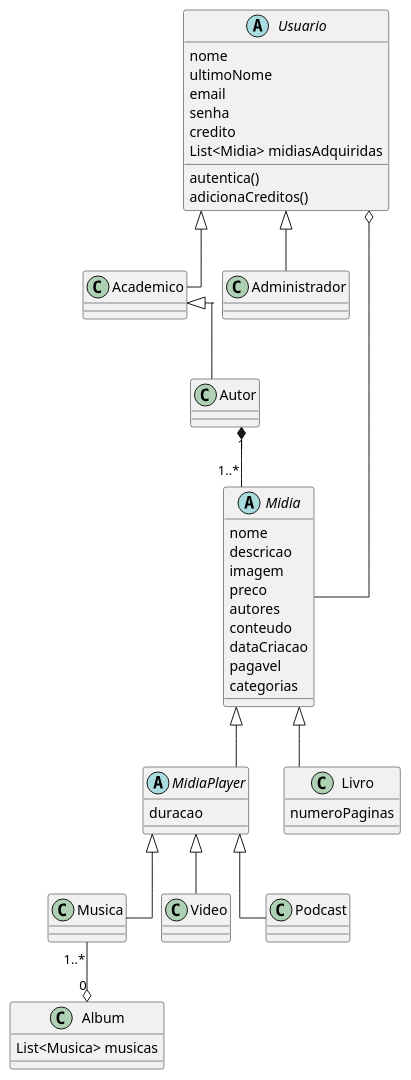
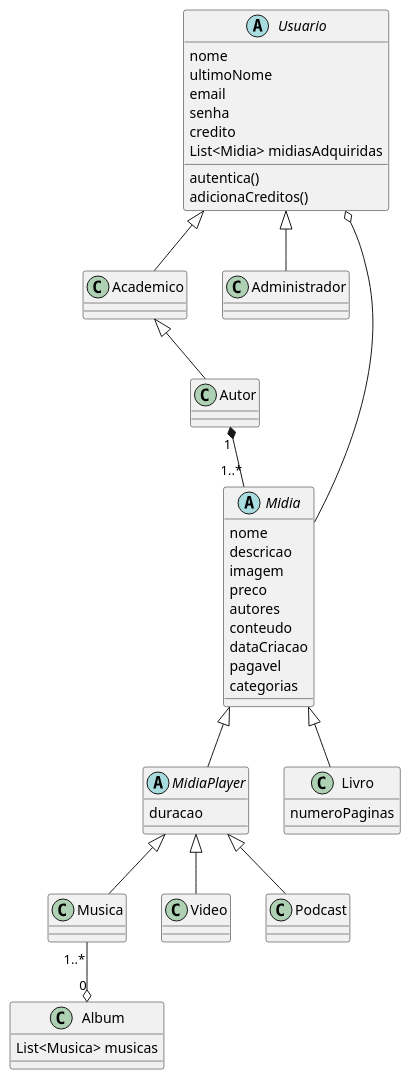
The diagram in class-diagram/class-diagram.iuml (arielazzi/desenvolvimento-de-software-I), drawn with PlantUML before and after one commit. The commit also changed 1 other file, not shown here.

```diff
--- a/class-diagram/class-diagram.iuml
+++ b/class-diagram/class-diagram.iuml
@@ -1,90 +1,89 @@
 @startuml class
-skinparam linetype ortho
 
 /'
 enum TipoUsuario {
   academico
   administrador
 }
 
 enum TipoMidia {
   musica
   livro
   video
   podcast
 }
 '/
 
 
 abstract class Usuario {
   nome
   ultimoNome
   email
   senha
   credito
   List<Midia> midiasAdquiridas
   autentica()
   adicionaCreditos()
 }
 
 class Academico {}
 
 class Administrador {}
 /'
 class Dashboard {
   String nome
 }
 '/
 class Album {
   List<Musica> musicas
 }
 /'
 interface something <<Interface>> {
 
 }
 '/
 
 abstract class Midia {
   nome
   descricao
   imagem
   preco
   autores
   conteudo
   dataCriacao
   pagavel
   categorias
 }
 
 abstract class MidiaPlayer {
   duracao
 }
 
 class Livro {
   numeroPaginas
 }
 
 class Musica {}
 
 class Video {}
 
 class Podcast {}
 
 Autor "1" *-- "1..*" Midia
 
 Usuario o-- Midia
 
 Usuario <|-- Academico
 Academico <|-- Autor
 Usuario <|-- Administrador
 
 Midia <|-- Livro
 Midia <|-- MidiaPlayer
 MidiaPlayer <|-- Musica
 MidiaPlayer <|-- Video
 MidiaPlayer <|-- Podcast
 
 Musica "1..*" --o "0" Album
 
 
 @enduml
```
